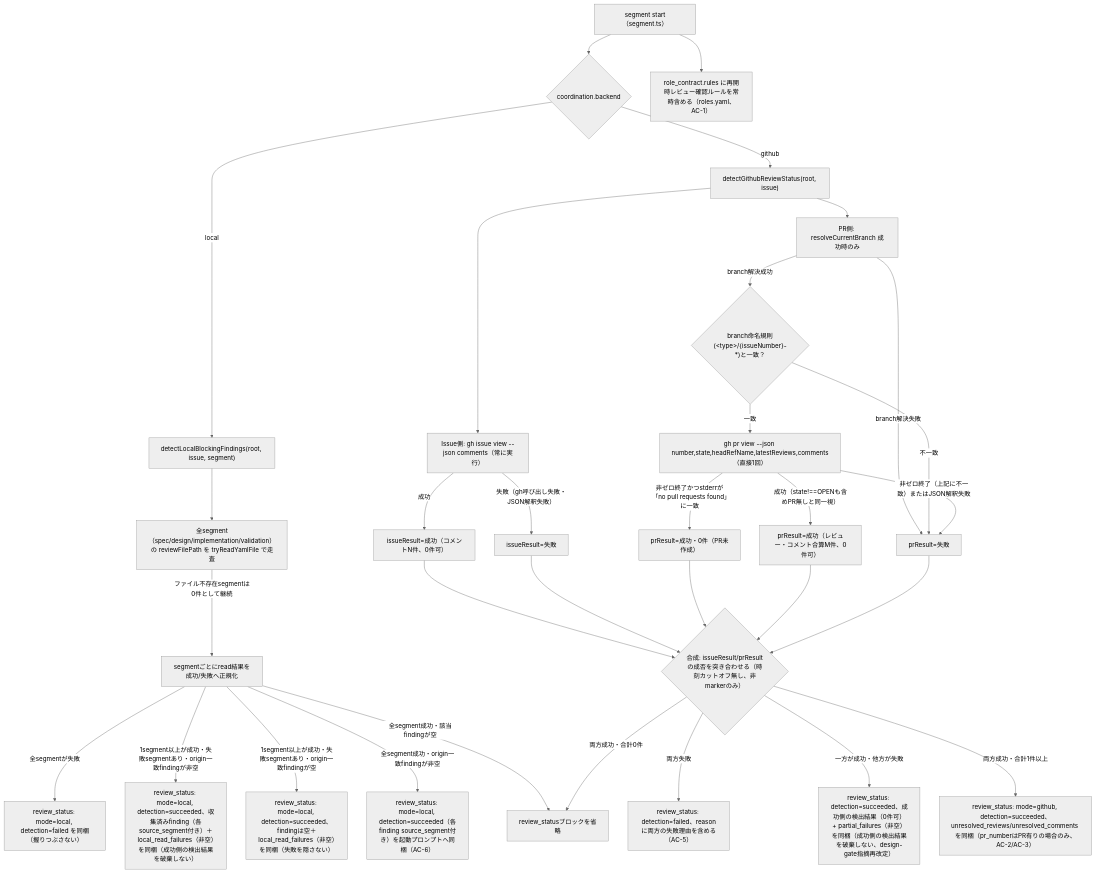
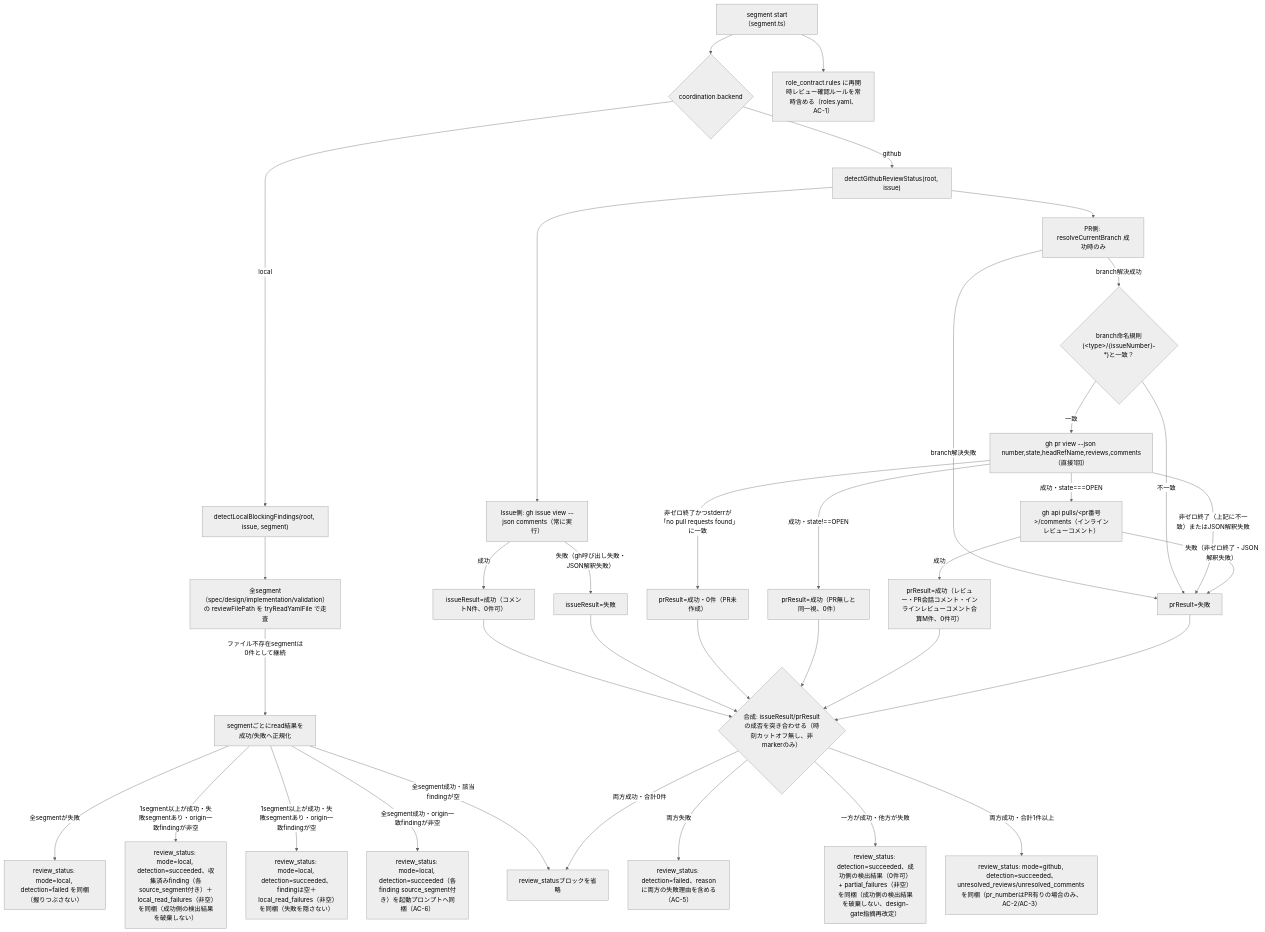
Before and after one commit to techbeansjp-free/AGENTS.md: the diagram in DESIGN.md, drawn with Mermaid (neutral theme). The commit also changed other lines of this file and 3 other files, not shown here.

First line of the commit message:
ISSUE-446: implementation-gate finding(LATEST-REVIEWS-MASKS-CHANGES-REQUESTED/REVIEW-THREAD-COMMENTS-NOT-FETCHED)対応、ADR-0027作成

````diff
--- a/DESIGN.md
+++ b/DESIGN.md
@@ -89,35 +94,39 @@
 ```mermaid
 graph TD
   A["segment start（segment.ts）"] --> B{"coordination.backend"}
   B -->|local| C["detectLocalBlockingFindings(root, issue, segment)"]
   C --> D["全segment（spec/design/implementation/validation）の reviewFilePath を tryReadYamlFile で走査"]
   D -->|ファイル不存在segmentは0件として継続| DR["segmentごとにread結果を成功/失敗へ正規化"]
   DR -->|全segmentが失敗| DF["review_status: mode=local, detection=failed を同梱（握りつぶさない）"]
   DR -->|1segment以上が成功・失敗segmentあり・origin一致findingが非空| DPF["review_status: mode=local, detection=succeeded、収集済みfinding（各source_segment付き）＋local_read_failures（非空）を同梱（成功側の検出結果を破棄しない）"]
   DR -->|1segment以上が成功・失敗segmentあり・origin一致findingが空| DPZ["review_status: mode=local, detection=succeeded、findingは空＋local_read_failures（非空）を同梱（失敗を隠さない）"]
   DR -->|全segment成功・origin一致findingが非空| E["review_status: mode=local, detection=succeeded（各finding source_segment付き）を起動プロンプトへ同梱（AC-6）"]
   DR -->|全segment成功・該当findingが空| F["review_statusブロックを省略"]
   B -->|github| G["detectGithubReviewStatus(root, issue)"]
   G --> GI["Issue側: gh issue view --json comments（常に実行）"]
   G --> GP["PR側: resolveCurrentBranch 成功時のみ"]
   GI -->|失敗（gh呼び出し失敗・JSON解釈失敗）| GIF["issueResult=失敗"]
   GI -->|成功| GIS["issueResult=成功（コメントN件、0件可）"]
   GP -->|branch解決失敗| GPF["prResult=失敗"]
   GP -->|branch解決成功| BM{"branch命名規則(&lt;type&gt;/{issueNumber}-*)と一致？"}
   BM -->|不一致| GPF
-  BM -->|一致| PV["gh pr view --json number,state,headRefName,latestReviews,comments（直接1回）"]
+  BM -->|一致| PV["gh pr view --json number,state,headRefName,reviews,comments（直接1回）"]
   PV -->|非ゼロ終了かつstderrが「no pull requests found」に一致| GPZ["prResult=成功・0件（PR未作成）"]
   PV -->|非ゼロ終了（上記に不一致）またはJSON解釈失敗| GPF
-  PV -->|成功（state!==OPENも含めPR無しと同一視）| GPS["prResult=成功（レビュー・コメント合算M件、0件可）"]
+  PV -->|成功・state!==OPEN| GPS0["prResult=成功（PR無しと同一視、0件）"]
+  PV -->|成功・state===OPEN| PVC["gh api pulls/&lt;pr番号&gt;/comments（インラインレビューコメント）"]
+  PVC -->|失敗（非ゼロ終了・JSON解釈失敗）| GPF
+  PVC -->|成功| GPS["prResult=成功（レビュー・PR会話コメント・インラインレビューコメント合算M件、0件可）"]
   GIS --> MRG
   GIF --> MRG
   GPZ --> MRG
+  GPS0 --> MRG
   GPS --> MRG
   GPF --> MRG
   MRG{"合成: issueResult/prResultの成否を突き合わせる（時刻カットオフ無し、非markerのみ）"}
   MRG -->|両方失敗| J["review_status: detection=failed、reasonに両方の失敗理由を含める（AC-5）"]
   MRG -->|一方が成功・他方が失敗| PF["review_status: detection=succeeded、成功側の検出結果（0件可）+ partial_failures（非空）を同梱（成功側の検出結果を破棄しない、design-gate指摘再改定）"]
   MRG -->|両方成功・合計1件以上| L["review_status: mode=github, detection=succeeded、unresolved_reviews/unresolved_comments を同梱（pr_numberはPR有りの場合のみ、AC-2/AC-3）"]
   MRG -->|両方成功・合計0件| F
   A --> M["role_contract.rules に再開時レビュー確認ルールを常時含める（roles.yaml、AC-1）"]
 ```
````
